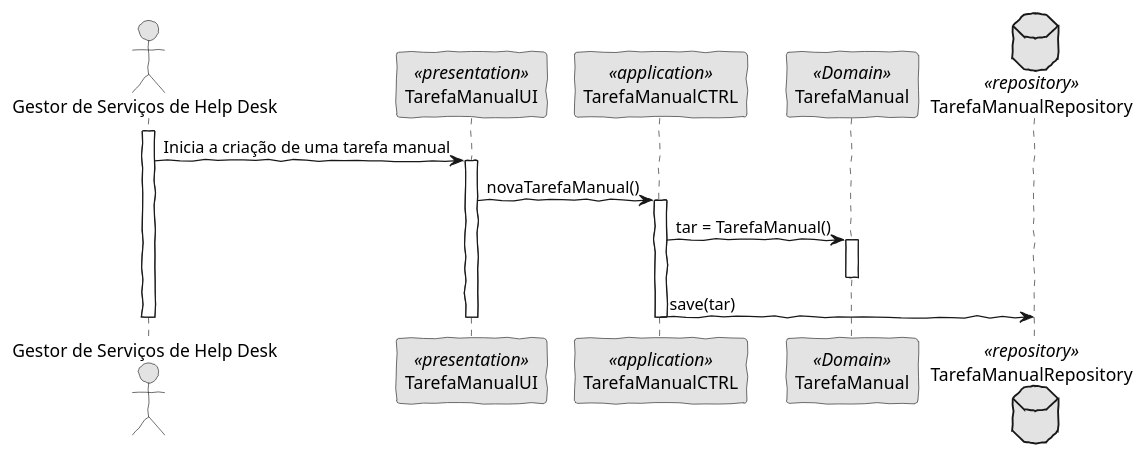
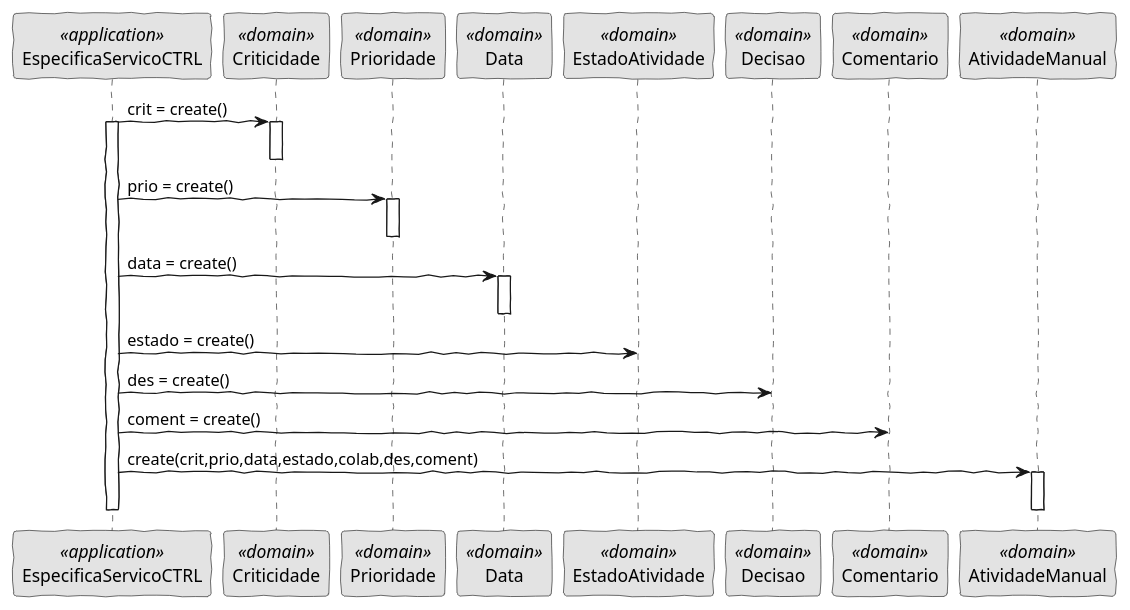
Before and after one commit to pedrolemos4/LAPR4: the diagram in docs/Sprint C/1190974/US1005/SD.puml, drawn with PlantUML. The commit also changed 5 other files, not shown here.

```diff
--- a/docs/Sprint C/1190974/US1005/SD.puml
+++ b/docs/Sprint C/1190974/US1005/SD.puml
@@ -1,30 +1,43 @@
 @startuml
 'http://plantuml.com/skinparam.html
 skinparam handwritten true
 skinparam monochrome true
 skinparam packageStyle rect
 skinparam defaultFontName FG Virgil
 skinparam shadowing false
 
-Actor "Gestor de Serviços de Help Desk" as Actor
-participant TarefaManualUI as UI <<presentation>>
-participant TarefaManualCTRL as Controller <<application>>
-participant TarefaManual as TarefaManual <<Domain>>
-database TarefaManualRepository as TRepository <<repository>>
+participant EspecificaServicoCTRL as Controller <<application>>
+participant Criticidade as Criticidade <<domain>>
+participant Prioridade as Prioridade <<domain>>
+participant Data as Data <<domain>>
+participant EstadoAtividade as EstadoAtividade <<domain>>
+participant Decisao as Decisao <<domain>>
+participant Comentario as Comentario <<domain>>
+participant AtividadeManual as AtividadeManual <<domain>>
 
+    
+      Controller -> Criticidade: crit = create()
+    activate Controller
+    activate Criticidade
+    deactivate Criticidade
+      Controller -> Prioridade: prio = create()
+    activate Prioridade
+    deactivate Prioridade
+      Controller -> Data: data = create()
+    activate Data
+    deactivate Data
+      Controller -> EstadoAtividade: estado = create()
+    deactivate EstadoAtividade
+    deactivate EstadoAtividade
+      Controller -> Decisao: des = create()
+    deactivate Decisao
+    deactivate Decisao
+      Controller -> Comentario: coment = create()
+    deactivate Comentario
+    deactivate Comentario
+      Controller -> AtividadeManual: create(crit,prio,data,estado,colab,des,coment)
+    activate AtividadeManual
+    deactivate AtividadeManual
+    deactivate Controller
 
-activate Actor
-    Actor -> UI: Inicia a criação de uma tarefa manual
-    activate UI
-      UI -> Controller: novaTarefaManual()
-    activate Controller
-      Controller -> TarefaManual: tar = TarefaManual()
-    activate TarefaManual
-    deactivate TarefaManual
-      Controller -> TRepository: save(tar)
-    deactivate TRepository
-    deactivate Controller
-    deactivate UI
-
-deactivate Actor
 @enduml
```
